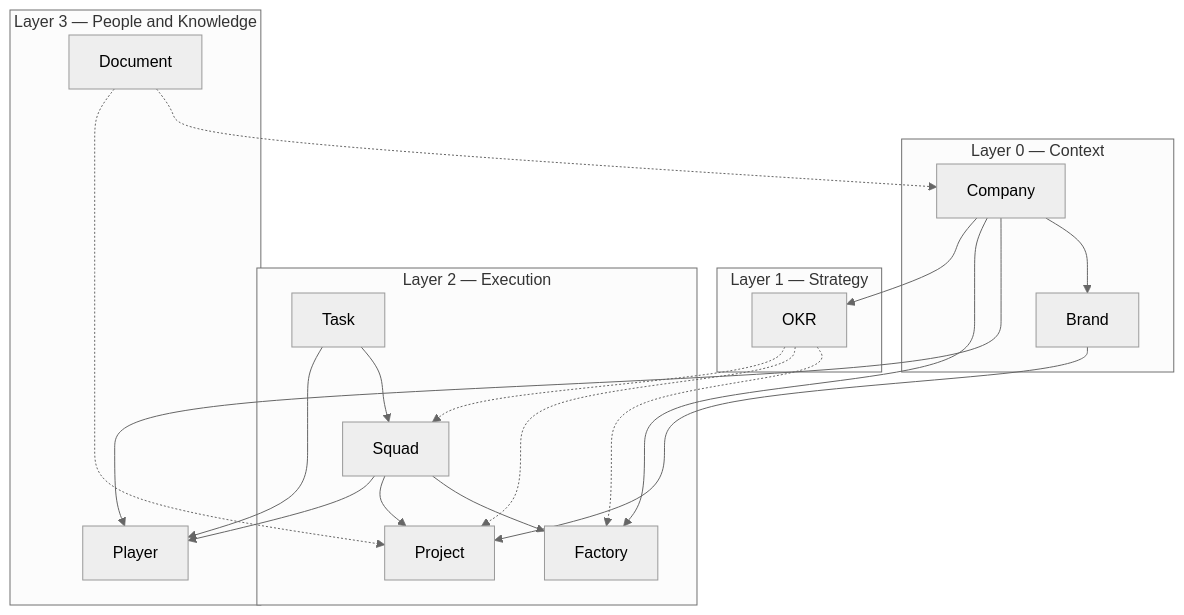
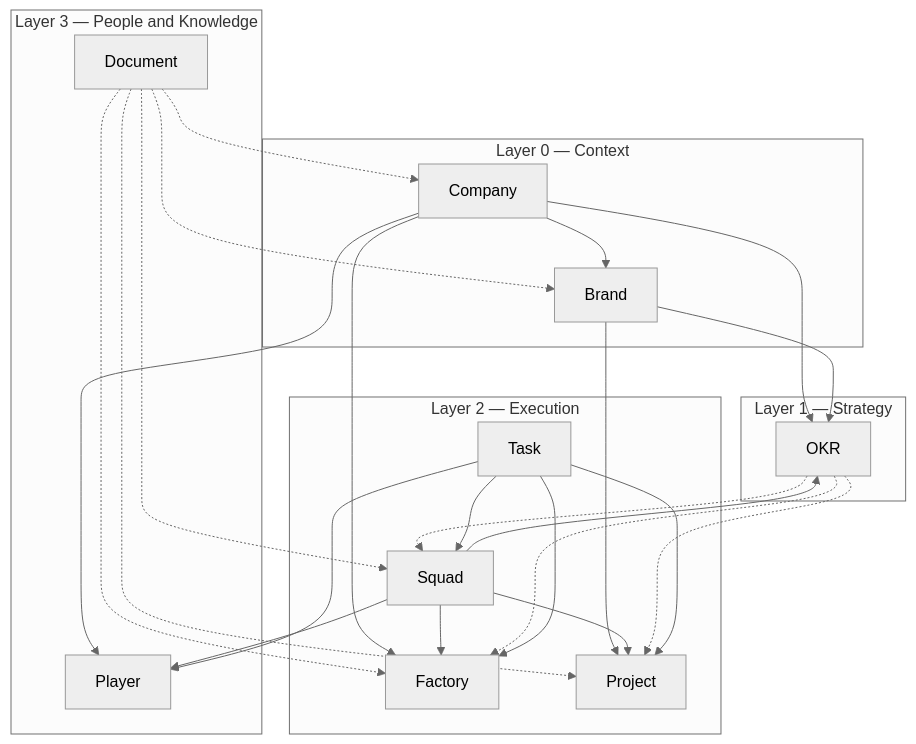
The diagram in README.md (guilhermej/squadflow-framework), drawn with Mermaid (neutral theme) before and after one commit. The commit also changed 4 other files, not shown here.

Commit message:
fix(docs): correct Mermaid relations — Task parents, OKR scope, Document attachments

````diff
--- a/README.md
+++ b/README.md
@@ -28,36 +28,43 @@
 ```mermaid
 flowchart TB
   subgraph L0["Layer 0 — Context"]
     Company
     Brand
   end
   subgraph L1["Layer 1 — Strategy"]
     OKR
   end
   subgraph L2["Layer 2 — Execution"]
     Factory
     Project
     Squad
     Task
   end
   subgraph L3["Layer 3 — People and Knowledge"]
     Player
     Document
   end
 
   Company --> Brand
   Company --> Player
   Company --> Factory
   Company --> OKR
+  Brand --> OKR
   Brand --> Project
+  Squad --> OKR
+  Squad --> Factory
+  Squad --> Project
+  Squad --> Player
   OKR -.-> Factory
   OKR -.-> Project
   OKR -.-> Squad
-  Squad --> Factory
-  Squad --> Project
-  Squad --> Player
+  Task --> Factory
+  Task --> Project
   Task --> Squad
   Task --> Player
   Document -.-> Company
+  Document -.-> Brand
+  Document -.-> Factory
   Document -.-> Project
+  Document -.-> Squad
 ```
````
